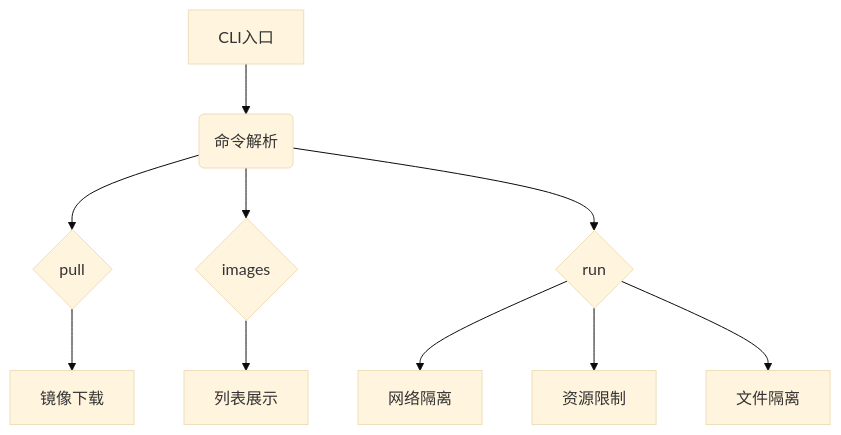
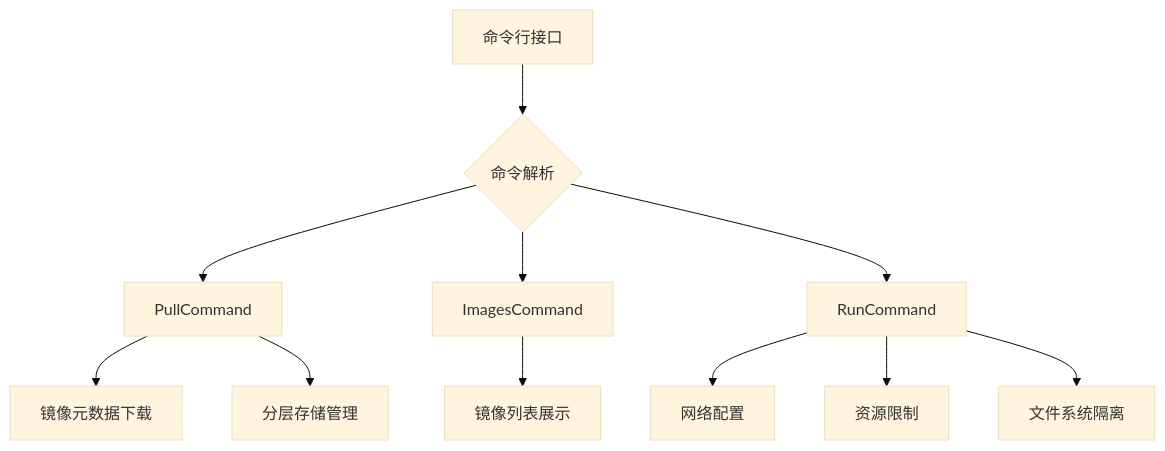
Before and after one commit to liguanzeng/mocker: the diagram in README.md, drawn with Mermaid (base theme). The commit also changed other lines of this file, not shown here.

````diff
--- a/README.md
+++ b/README.md
@@ -138,12 +76,13 @@
 ```mermaid
 graph TD
-    A[CLI入口] --> B(命令解析)
-    B --> C{pull}
-    B --> D{images}
-    B --> E{run}
-    C --> F[镜像下载]
-    D --> G[列表展示]  
-    E --> H[网络隔离]
-    E --> I[资源限制]
-    E --> J[文件隔离]
+    A[命令行接口] --> B{命令解析}
+    B --> C[PullCommand]
+    B --> D[ImagesCommand]
+    B --> E[RunCommand]
+    C --> F[镜像元数据下载]
+    C --> G[分层存储管理]
+    D --> H[镜像列表展示]
+    E --> I[网络配置]
+    E --> J[资源限制]
+    E --> K[文件系统隔离]
 ```
````
